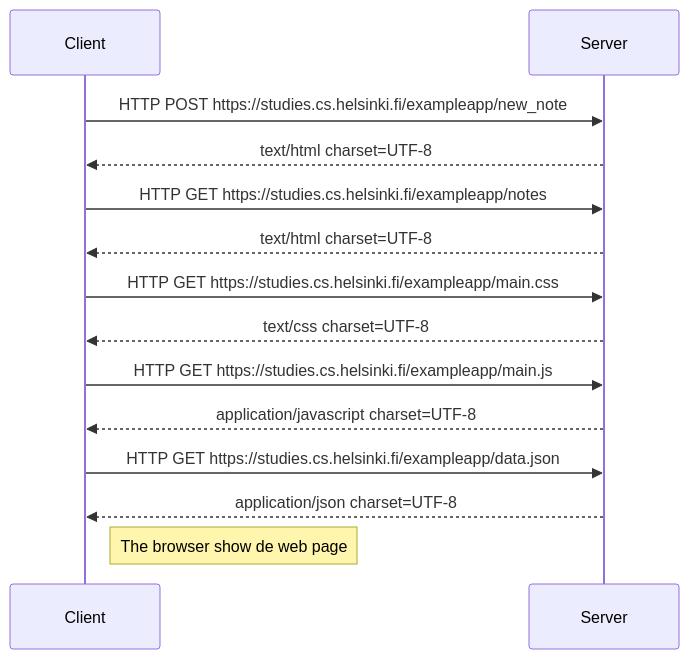
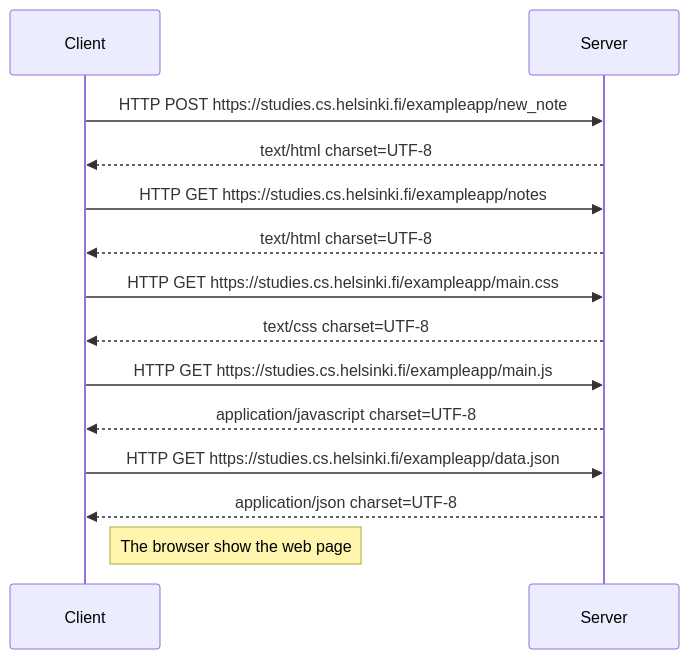
Before and after one commit to addiellucena94/fullstackopen: the diagram in part0/newnotediagram/README.md, drawn with Mermaid. The commit also changed 2 other files, not shown here.

Commit message:
grammatical errors fixed

````diff
--- a/part0/newnotediagram/README.md
+++ b/part0/newnotediagram/README.md
@@ -2,22 +2,22 @@
 ```mermaid
 sequenceDiagram;
     participant Client;
     participant Server;
 
     Client->>Server: HTTP POST https://studies.cs.helsinki.fi/exampleapp/new_note;
     Server-->>Client: text/html charset=UTF-8;
 
     Client->>Server: HTTP GET https://studies.cs.helsinki.fi/exampleapp/notes;
     Server-->>Client: text/html charset=UTF-8;
 
     Client->>Server: HTTP GET https://studies.cs.helsinki.fi/exampleapp/main.css;
     Server-->>Client: text/css charset=UTF-8;
 
     Client->>Server: HTTP GET https://studies.cs.helsinki.fi/exampleapp/main.js;
     Server-->>Client: application/javascript charset=UTF-8;
 
     Client->>Server: HTTP GET https://studies.cs.helsinki.fi/exampleapp/data.json;
     Server-->>Client: application/json charset=UTF-8;
 
-    Note right of Client: The browser show de web page;
+    Note right of Client: The browser show the web page;
 ```
````
